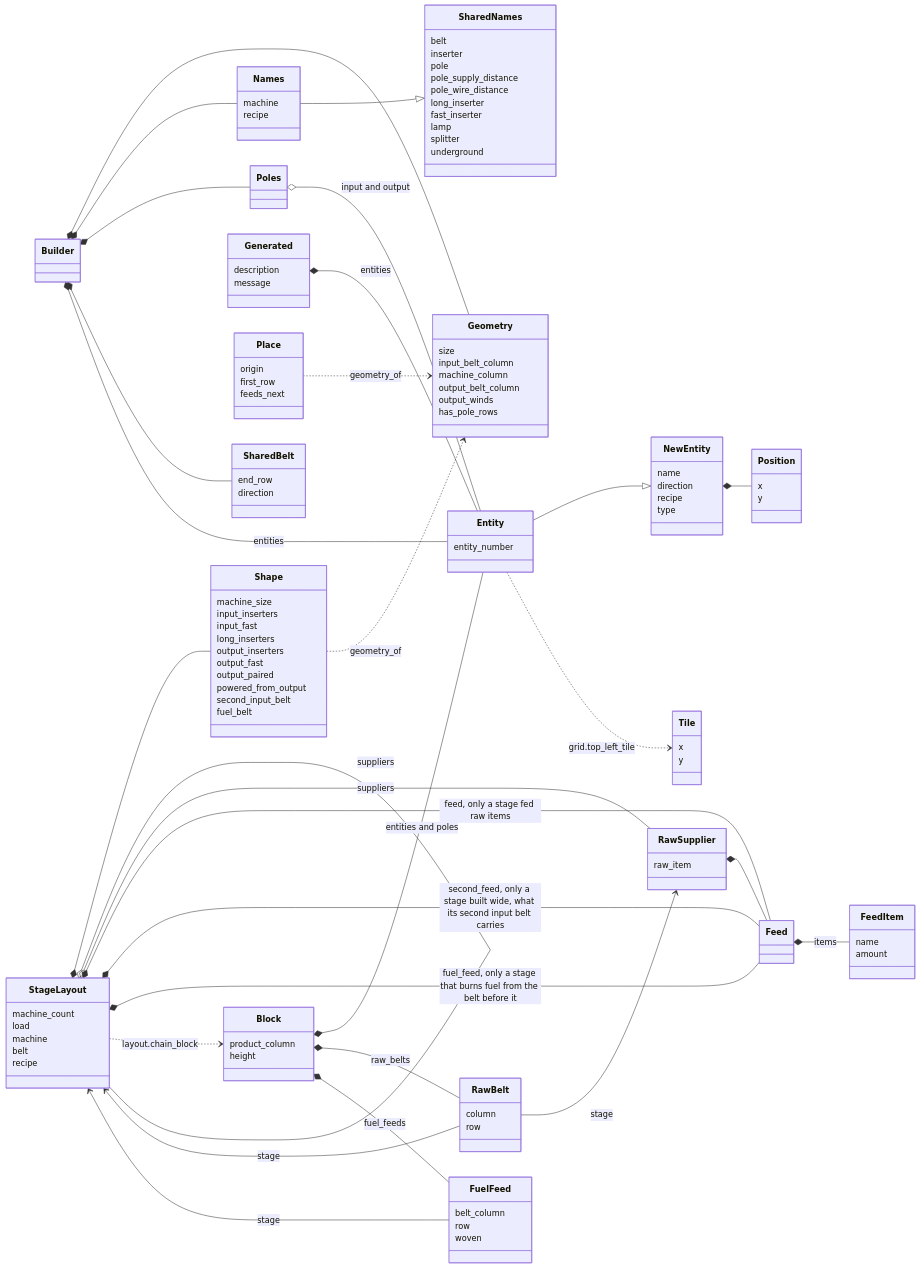
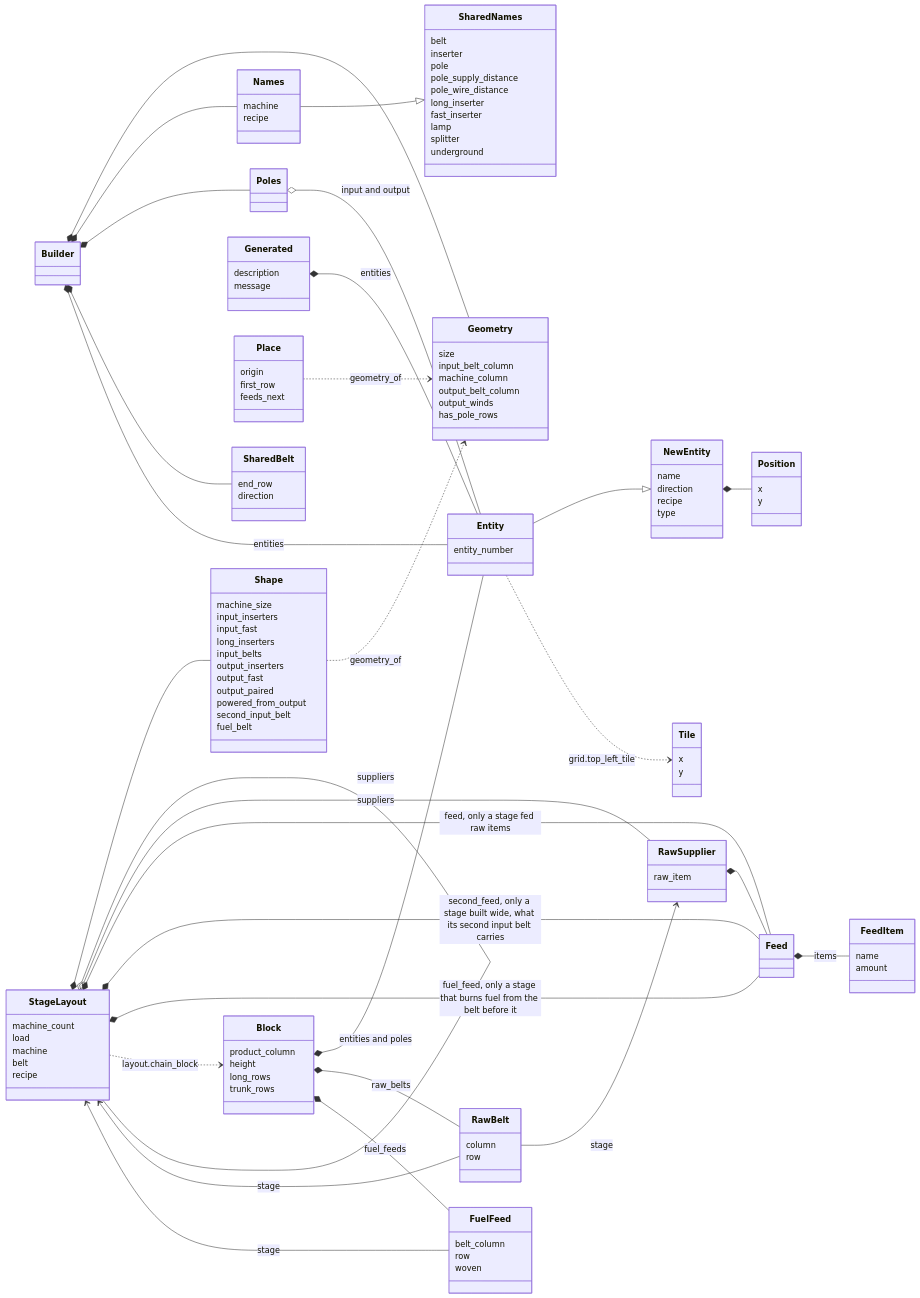
The fourth of 5 diagrams in TYPES.md (RibbonedAce/factorio-blueprint-generation), drawn with Mermaid before and after one commit. The commit also changed other lines of this file and 25 other files, not shown here.

```diff
--- a/TYPES.md
+++ b/TYPES.md
@@ -221,6 +228,7 @@
     input_inserters
     input_fast
     long_inserters
+    input_belts
     output_inserters
     output_fast
     output_paired
@@ -267,6 +275,8 @@
   class Block {
     product_column
     height
+    long_rows
+    trunk_rows
   }
   class FuelFeed {
     belt_column
```
